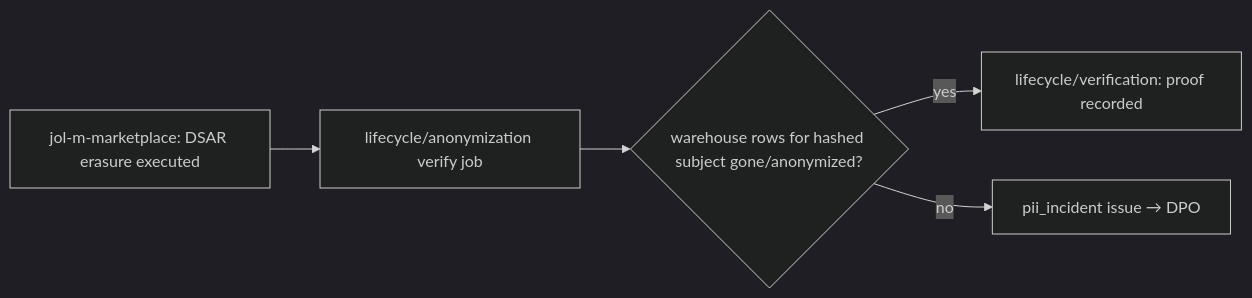
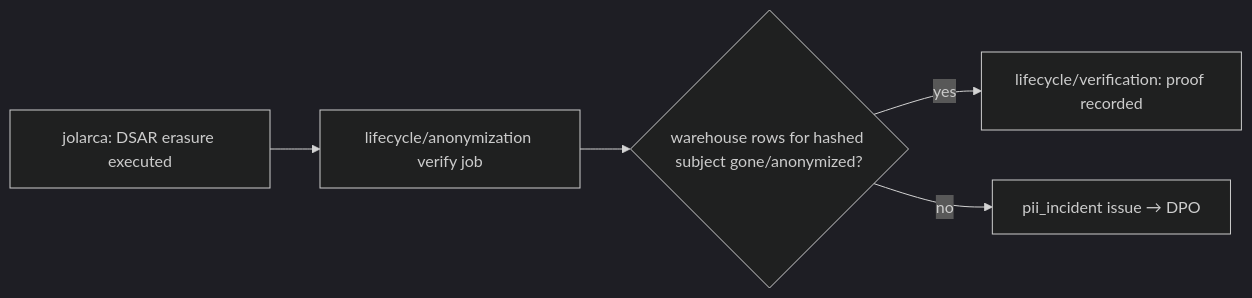
Before and after one commit to jolarca-dev/jolarca-data: the fourth of 4 diagrams in governance/lineage.md, drawn with Mermaid (dark theme). The commit also changed other lines of this file and 45 other files, not shown here.

Commit message:
chore: rename jol-m-* references to jolarca* (JOL-RENAME-20260831-01)

````diff
--- a/governance/lineage.md
+++ b/governance/lineage.md
@@ -47,7 +47,7 @@
 ```mermaid
 flowchart LR
-  M[jol-m-marketplace: DSAR erasure executed] --> V[lifecycle/anonymization verify job]
+  M[jolarca: DSAR erasure executed] --> V[lifecycle/anonymization verify job]
   V --> W{warehouse rows for hashed subject gone/anonymized?}
   W -->|yes| P[lifecycle/verification: proof recorded]
   W -->|no| I[pii_incident issue → DPO]
 ```
````
